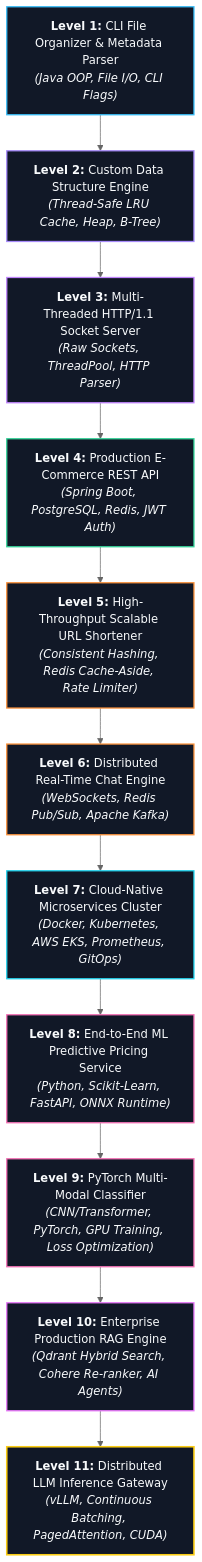
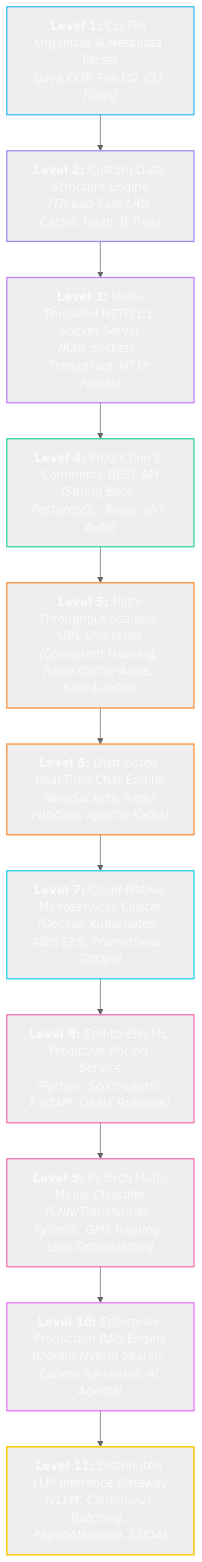
The diagram in BrainOS/10 - Projects/Project Progression.md (abhinavbharti2345/CS_Notes), drawn with Mermaid (neutral theme) before and after one commit. The commit also changed 26 other files, not shown here.

Commit message:
feat: initialize BrainOS knowledge base with foundational curriculum and roadmap notes

````diff
--- a/BrainOS/10 - Projects/Project Progression.md
+++ b/BrainOS/10 - Projects/Project Progression.md
@@ -21,25 +21,25 @@
 ```mermaid
 flowchart TD
     L1["<b>Level 1:</b> CLI File Organizer & Metadata Parser<br/><i>(Java OOP, File I/O, CLI Flags)</i>"] --> L2["<b>Level 2:</b> Custom Data Structure Engine<br/><i>(Thread-Safe LRU Cache, Heap, B-Tree)</i>"]
     L2 --> L3["<b>Level 3:</b> Multi-Threaded HTTP/1.1 Socket Server<br/><i>(Raw Sockets, ThreadPool, HTTP Parser)</i>"]
     L3 --> L4["<b>Level 4:</b> Production E-Commerce REST API<br/><i>(Spring Boot, PostgreSQL, Redis, JWT Auth)</i>"]
     L4 --> L5["<b>Level 5:</b> High-Throughput Scalable URL Shortener<br/><i>(Consistent Hashing, Redis Cache-Aside, Rate Limiter)</i>"]
     L5 --> L6["<b>Level 6:</b> Distributed Real-Time Chat Engine<br/><i>(WebSockets, Redis Pub/Sub, Apache Kafka)</i>"]
     L6 --> L7["<b>Level 7:</b> Cloud-Native Microservices Cluster<br/><i>(Docker, Kubernetes, AWS EKS, Prometheus, GitOps)</i>"]
     L7 --> L8["<b>Level 8:</b> End-to-End ML Predictive Pricing Service<br/><i>(Python, Scikit-Learn, FastAPI, ONNX Runtime)</i>"]
     L8 --> L9["<b>Level 9:</b> PyTorch Multi-Modal Classifier<br/><i>(CNN/Transformer, PyTorch, GPU Training, Loss Optimization)</i>"]
     L9 --> L10["<b>Level 10:</b> Enterprise Production RAG Engine<br/><i>(Qdrant Hybrid Search, Cohere Re-ranker, AI Agents)</i>"]
     L10 --> L11["<b>Level 11:</b> Distributed LLM Inference Gateway<br/><i>(vLLM, Continuous Batching, PagedAttention, CUDA)</i>"]
 
-    style L1 fill:#111827,stroke:#38BDF8,stroke-width:1.8px,color:#F8FAFC
-    style L2 fill:#111827,stroke:#A78BFA,stroke-width:1.8px,color:#F8FAFC
-    style L3 fill:#111827,stroke:#C084FC,stroke-width:1.8px,color:#F8FAFC
-    style L4 fill:#111827,stroke:#34D399,stroke-width:1.8px,color:#F8FAFC
-    style L5 fill:#111827,stroke:#FB923C,stroke-width:1.8px,color:#F8FAFC
-    style L6 fill:#111827,stroke:#FB923C,stroke-width:1.8px,color:#F8FAFC
-    style L7 fill:#111827,stroke:#22D3EE,stroke-width:1.8px,color:#F8FAFC
-    style L8 fill:#111827,stroke:#F472B6,stroke-width:1.8px,color:#F8FAFC
-    style L9 fill:#111827,stroke:#F472B6,stroke-width:1.8px,color:#F8FAFC
-    style L10 fill:#111827,stroke:#E879F9,stroke-width:1.8px,color:#F8FAFC
-    style L11 fill:#111827,stroke:#FACC15,stroke-width:2.2px,color:#F8FAFC
+    style L1 stroke:#38BDF8,stroke-width:1.8px,color:#F8FAFC
+    style L2 stroke:#A78BFA,stroke-width:1.8px,color:#F8FAFC
+    style L3 stroke:#C084FC,stroke-width:1.8px,color:#F8FAFC
+    style L4 stroke:#34D399,stroke-width:1.8px,color:#F8FAFC
+    style L5 stroke:#FB923C,stroke-width:1.8px,color:#F8FAFC
+    style L6 stroke:#FB923C,stroke-width:1.8px,color:#F8FAFC
+    style L7 stroke:#22D3EE,stroke-width:1.8px,color:#F8FAFC
+    style L8 stroke:#F472B6,stroke-width:1.8px,color:#F8FAFC
+    style L9 stroke:#F472B6,stroke-width:1.8px,color:#F8FAFC
+    style L10 stroke:#E879F9,stroke-width:1.8px,color:#F8FAFC
+    style L11 stroke:#FACC15,stroke-width:2.2px,color:#F8FAFC
 ```
````
